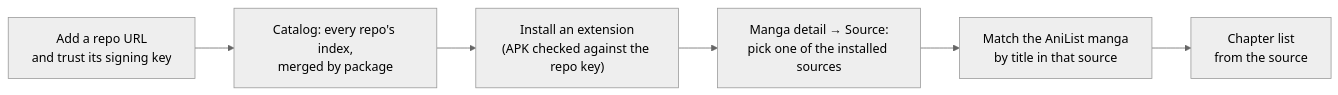
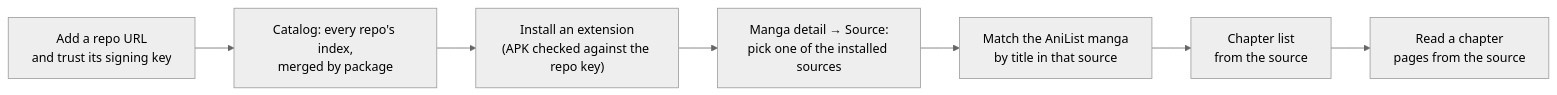
One commit to Carloss616/anipoex changed the second of 8 diagrams in docs/extensions.md. Above: the diagram before and after it, drawn with Mermaid (neutral theme).

Commit message:
docs: reading a chapter in the extensions flow

````diff
--- a/docs/extensions.md
+++ b/docs/extensions.md
@@ -58,8 +58,9 @@
 ```mermaid
 flowchart LR
     R["Add a repo URL<br/>and trust its signing key"] --> C["Catalog: every repo's index,<br/>merged by package"]
     C --> I["Install an extension<br/>(APK checked against the repo key)"]
     I --> S["Manga detail → Source:<br/>pick one of the installed sources"]
     S --> M["Match the AniList manga<br/>by title in that source"]
     M --> L["Chapter list<br/>from the source"]
+    L --> P["Read a chapter<br/>pages from the source"]
 ```
````
